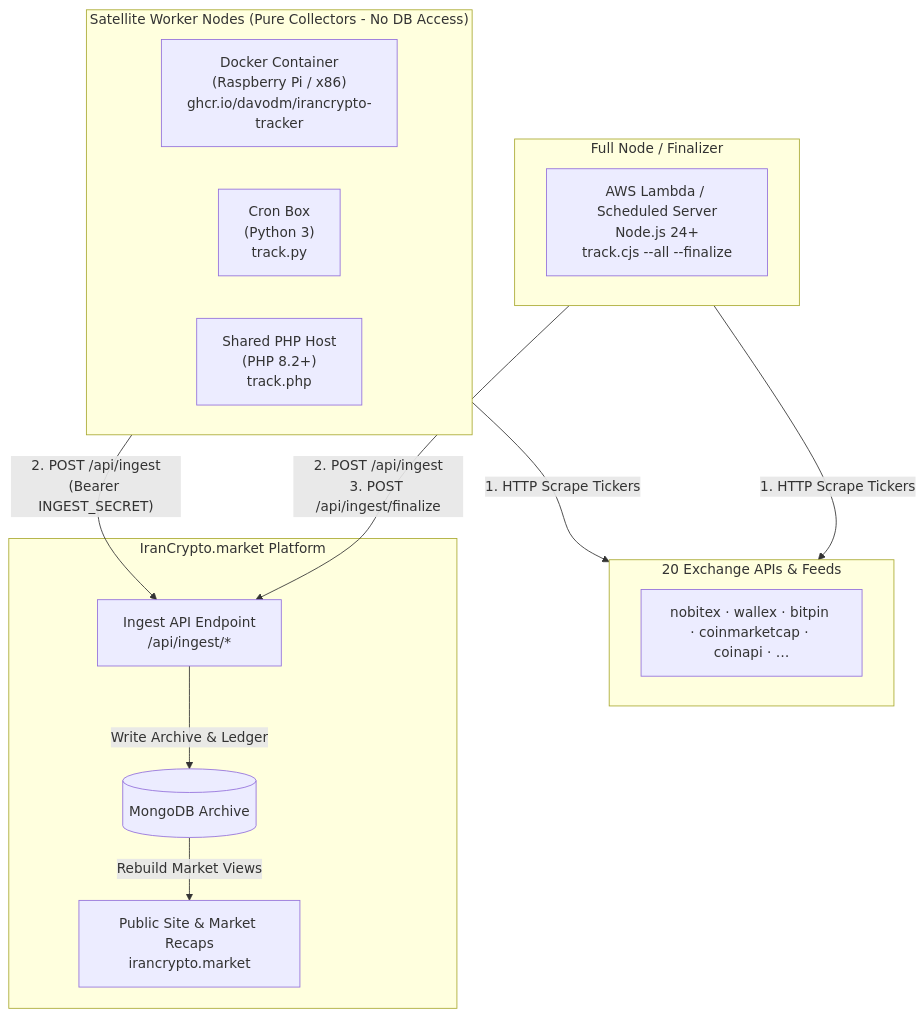
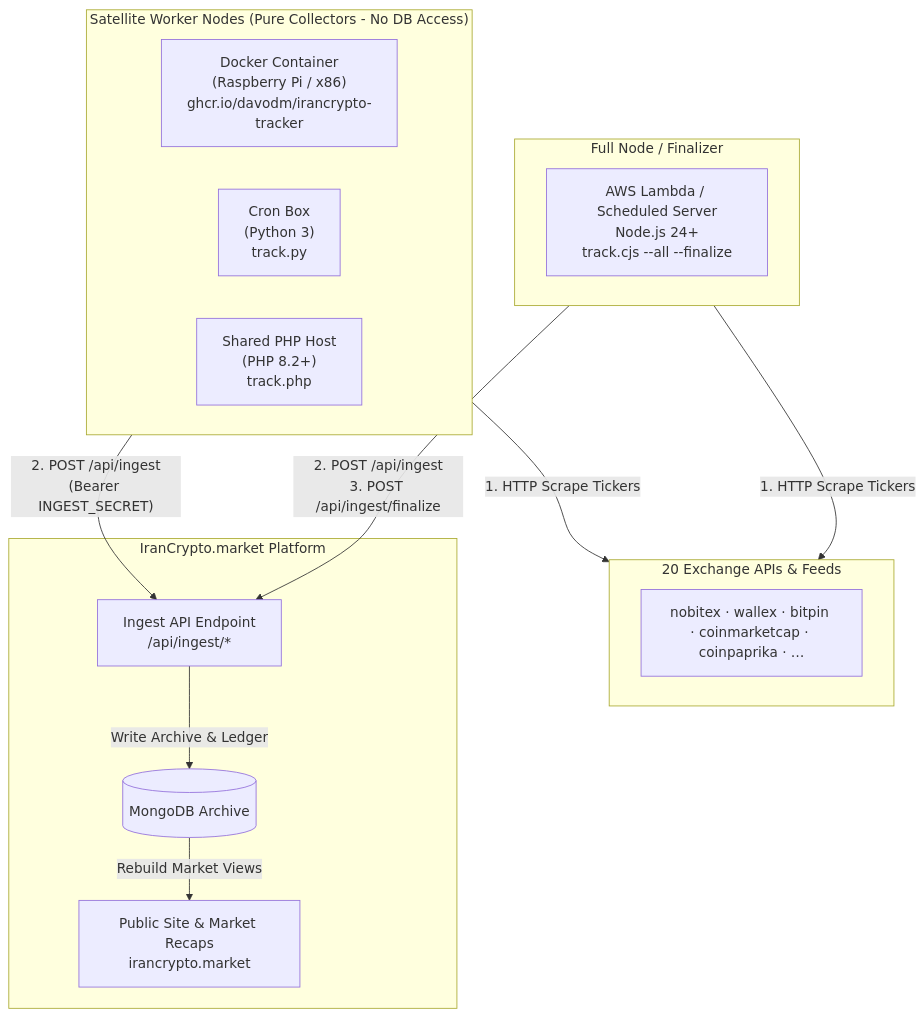
Before and after one commit to davodm/irancrypto-tracker: the first of 2 diagrams in README.md, drawn with Mermaid. The commit also changed other lines of this file and 12 other files, not shown here.

First line of the commit message:
refactor(scraper): replace coinapi feed with coinpaprika in registries

````diff
--- a/README.md
+++ b/README.md
@@ -54,32 +54,32 @@
 ```mermaid
 flowchart TB
   subgraph satellites["Satellite Worker Nodes (Pure Collectors - No DB Access)"]
     direction LR
     S1["Docker Container<br/>(Raspberry Pi / x86)<br/>ghcr.io/davodm/irancrypto-tracker"]
     S2["Cron Box<br/>(Python 3)<br/>track.py"]
     S3["Shared PHP Host<br/>(PHP 8.2+)<br/>track.php"]
   end
 
   subgraph finalizer["Full Node / Finalizer"]
     F1["AWS Lambda / Scheduled Server<br/>Node.js 24+<br/>track.cjs --all --finalize"]
   end
 
   subgraph exchanges["20 Exchange APIs & Feeds"]
-    E["nobitex · wallex · bitpin · coinmarketcap · coinapi · …"]
+    E["nobitex · wallex · bitpin · coinmarketcap · coinpaprika · …"]
   end
 
   subgraph platform["IranCrypto.market Platform"]
     API["Ingest API Endpoint<br/>/api/ingest/*"]
     DB[(MongoDB Archive)]
     SITE["Public Site & Market Recaps<br/>irancrypto.market"]
   end
 
   satellites -->|"1. HTTP Scrape Tickers"| exchanges
   finalizer -->|"1. HTTP Scrape Tickers"| exchanges
 
   satellites -->|"2. POST /api/ingest<br/>(Bearer INGEST_SECRET)"| API
   finalizer -->|"2. POST /api/ingest<br/>3. POST /api/ingest/finalize"| API
 
   API -->|"Write Archive & Ledger"| DB
   DB -->|"Rebuild Market Views"| SITE
 ```
````
